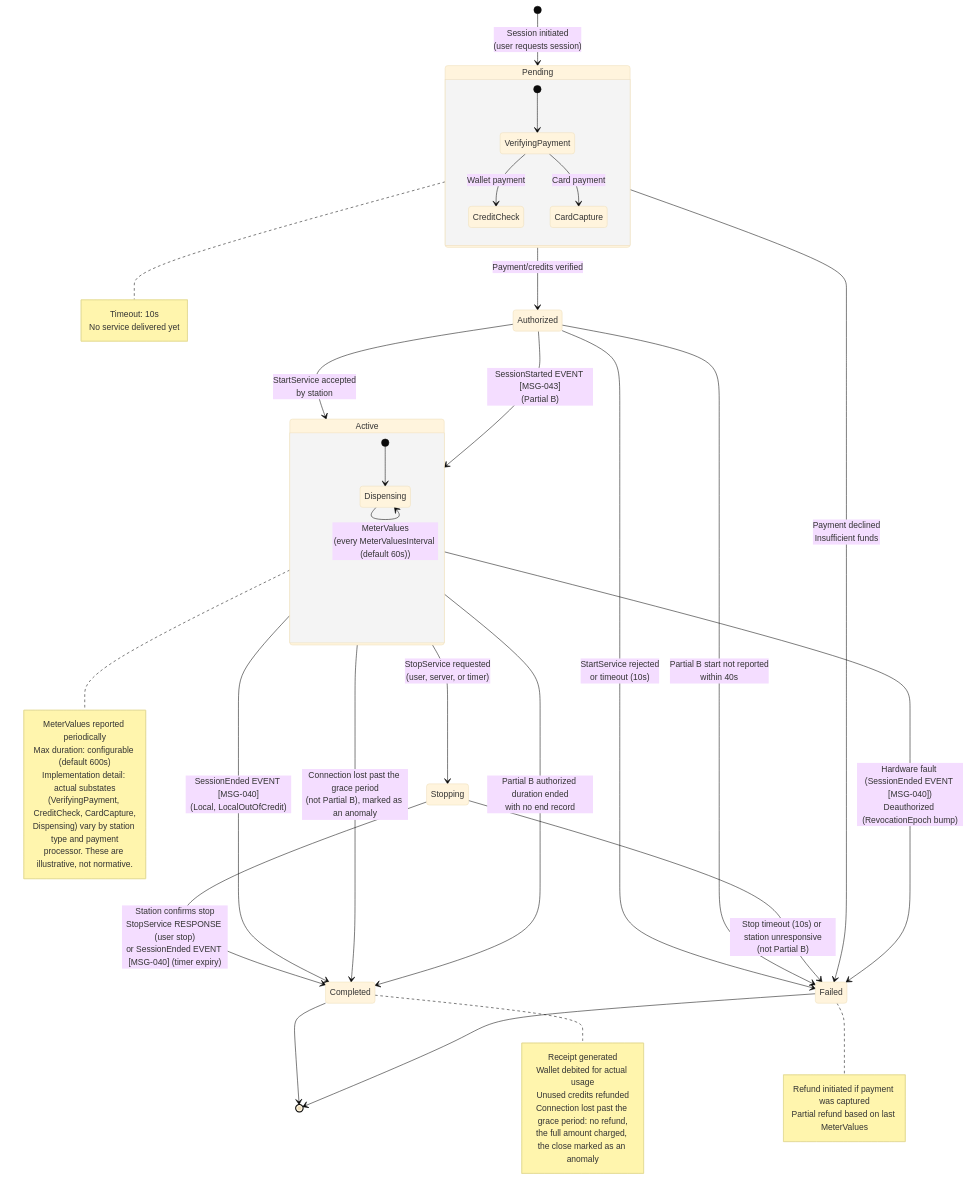
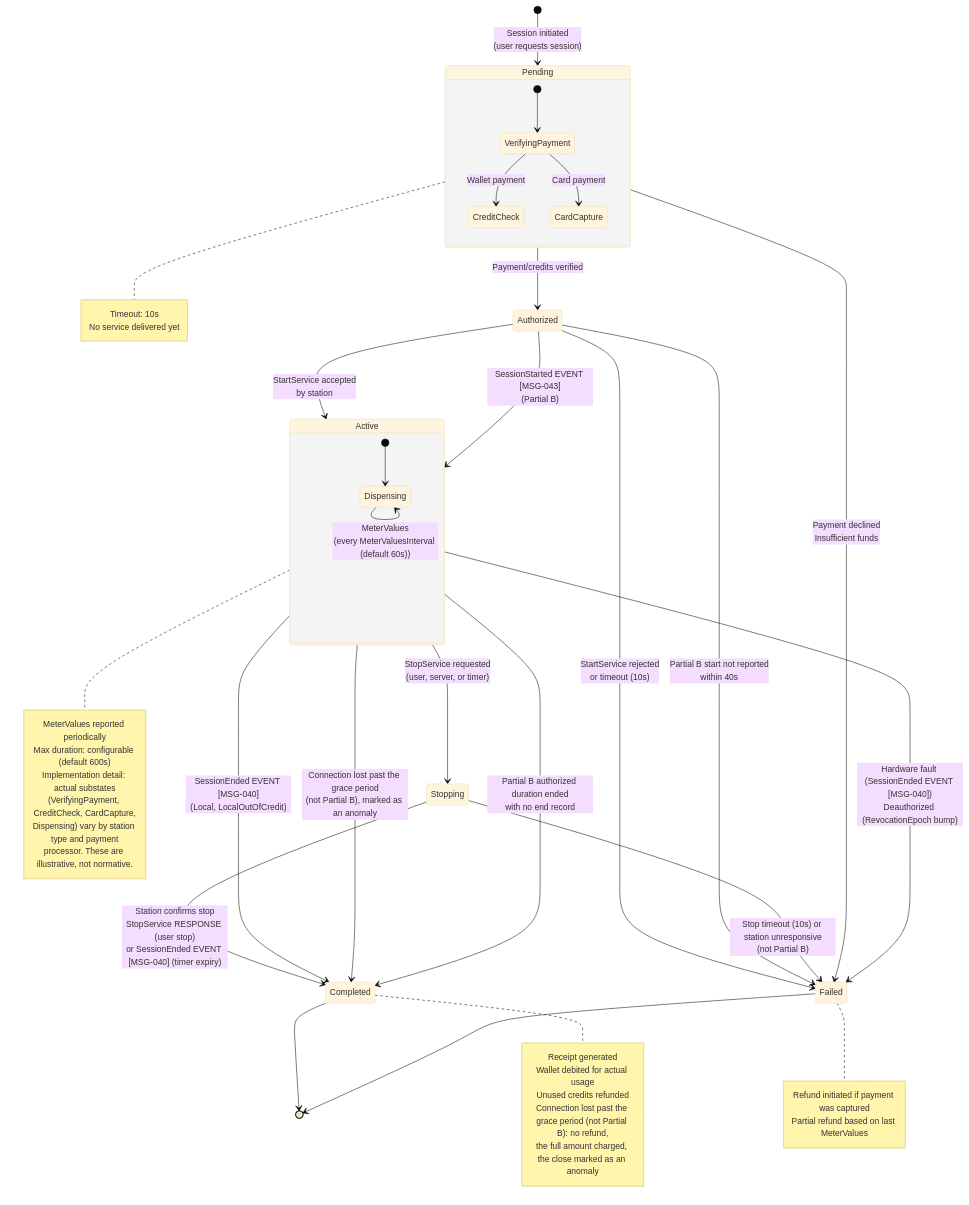
One commit to ospp-org/spec changed the diagram in diagrams/state-machine-session.mmd. Above: the diagram before and after it, drawn with Mermaid (base theme). The commit also changed 8 other files, not shown here.

```diff
--- a/diagrams/state-machine-session.mmd
+++ b/diagrams/state-machine-session.mmd
@@ -1,63 +1,63 @@
 %% OSPP Session Lifecycle State Machine
 %% Reference: spec/05-state-machines.md, Section 3
 
 stateDiagram-v2
     [*] --> Pending : Session initiated<br/>(user requests session)
 
     Pending --> Authorized : Payment/credits verified
     Pending --> Failed : Payment declined<br/>Insufficient funds
 
     Authorized --> Active : StartService accepted<br/>by station
     Authorized --> Active : SessionStarted EVENT [MSG-043]<br/>(Partial B)
     Authorized --> Failed : StartService rejected<br/>or timeout (10s)
     Authorized --> Failed : Partial B start not reported<br/>within 40s
 
     Active --> Stopping : StopService requested<br/>(user, server, or timer)
     Active --> Completed : SessionEnded EVENT [MSG-040]<br/>(Local, LocalOutOfCredit)
     Active --> Failed : Hardware fault (SessionEnded EVENT [MSG-040])<br/>Deauthorized (RevocationEpoch bump)
     Active --> Completed : Connection lost past the grace period<br/>(not Partial B), marked as an anomaly
     Active --> Completed : Partial B authorized duration ended<br/>with no end record
 
     Stopping --> Completed : Station confirms stop<br/>StopService RESPONSE (user stop)<br/>or SessionEnded EVENT [MSG-040] (timer expiry)
     Stopping --> Failed : Stop timeout (10s) or station unresponsive<br/>(not Partial B)
 
     Completed --> [*]
     Failed --> [*]
 
     state Pending {
         [*] --> VerifyingPayment
         VerifyingPayment --> CreditCheck : Wallet payment
         VerifyingPayment --> CardCapture : Card payment
     }
 
     state Active {
         [*] --> Dispensing
         Dispensing --> Dispensing : MeterValues<br/>(every MeterValuesInterval (default 60s))
     }
 
     note right of Pending
         Timeout: 10s
         No service delivered yet
     end note
 
     note right of Active
         MeterValues reported periodically
         Max duration: configurable (default 600s)
         Implementation detail: actual substates
         (VerifyingPayment, CreditCheck, CardCapture,
         Dispensing) vary by station type and payment
         processor. These are illustrative, not normative.
     end note
 
     note right of Completed
         Receipt generated
         Wallet debited for actual usage
         Unused credits refunded
-        Connection lost past the grace period: no refund,
+        Connection lost past the grace period (not Partial B): no refund,
         the full amount charged, the close marked as an anomaly
     end note
 
     note right of Failed
         Refund initiated if payment was captured
         Partial refund based on last MeterValues
     end note
```
